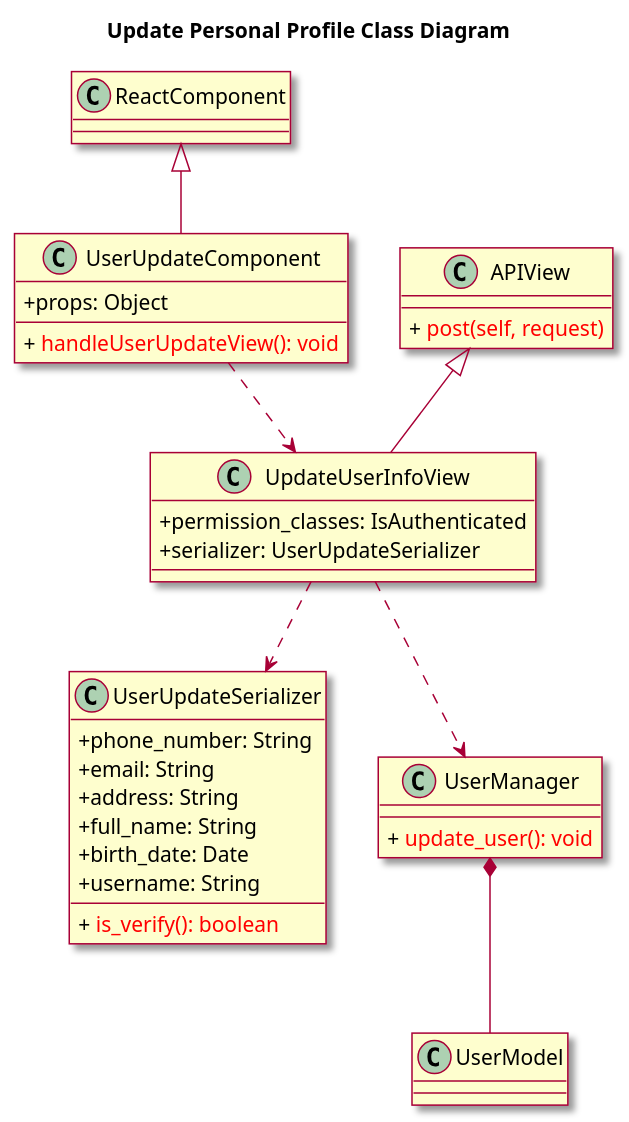
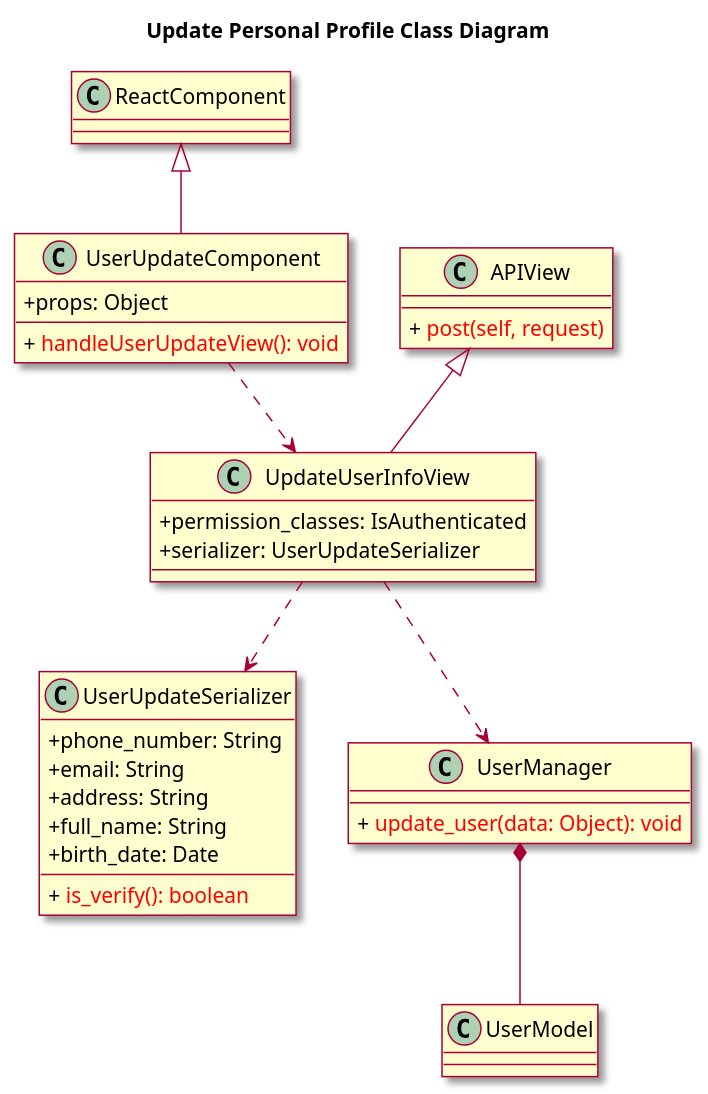
The diagram in uml/013-class-update-personal-profile.wsd (ljttl3q04t/Book-Over-There), drawn with PlantUML before and after one commit. The commit also changed 2 other files, not shown here.

```diff
--- a/uml/013-class-update-personal-profile.wsd
+++ b/uml/013-class-update-personal-profile.wsd
@@ -1,44 +1,43 @@
 @startuml
 skin rose 
 skinparam ClassAttributeIconSize 0
 
 title Update Personal Profile Class Diagram 
 
 class ReactComponent
 
 class UserUpdateComponent {
     + props: Object 
     + {method} <color:red> handleUserUpdateView(): void 
 }
 
 class UpdateUserInfoView {
     + permission_classes: IsAuthenticated
     + serializer: UserUpdateSerializer
 }
 
 class APIView {
     + {method} <color:red> post(self, request)
 }
 
 class UserUpdateSerializer {
     + phone_number: String 
     + email: String 
     + address: String 
     + full_name: String 
     + birth_date: Date 
-    + username: String 
     + {method} <color:red> is_verify(): boolean
 }
 
 class UserManager {
-    + {method} <color:red> update_user(): void
+    + {method} <color:red> update_user(data: Object): void
 }
 class UserModel 
 
 ReactComponent <|-- UserUpdateComponent
 APIView <|-- UpdateUserInfoView
 UserUpdateComponent ..> UpdateUserInfoView
 UpdateUserInfoView ..> UserUpdateSerializer
 UpdateUserInfoView ..> UserManager
 UserManager *-- UserModel
 @enduml
```
